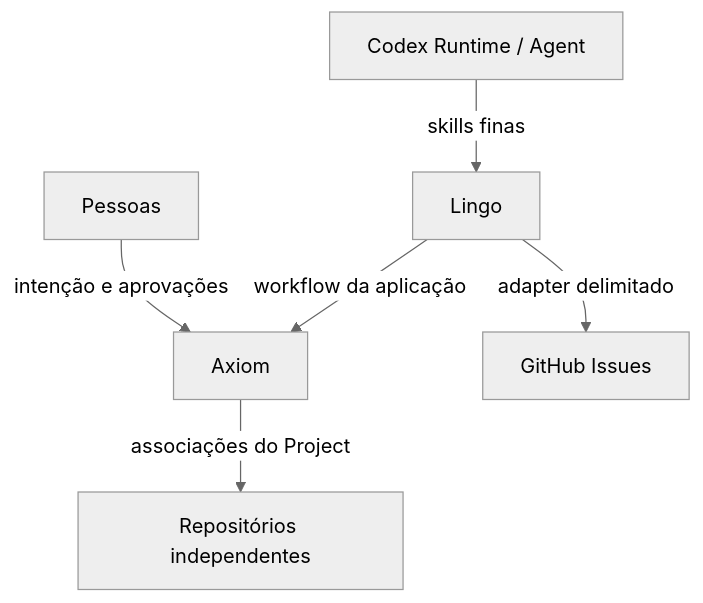
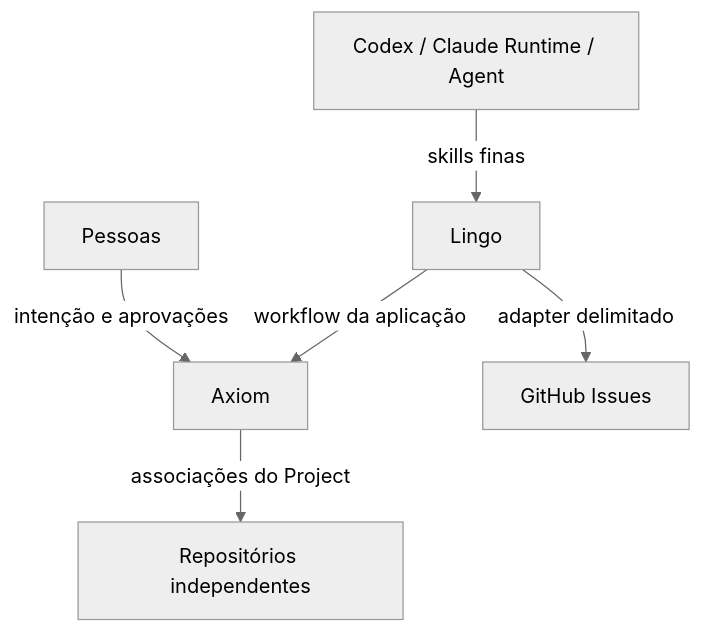
Before and after one commit to rgomids/axiom: the second of 2 diagrams in docs/README.pt-BR.md, drawn with Mermaid (neutral theme). The commit also changed other lines of this file and 4 other files, not shown here.

````diff
--- a/docs/README.pt-BR.md
+++ b/docs/README.pt-BR.md
@@ -299,8 +161,8 @@
 ```mermaid
 flowchart TB
     H["Pessoas"] -->|intenção e aprovações| A["Axiom"]
-    R["Codex Runtime / Agent"] -->|skills finas| L["Lingo"]
+    R["Codex / Claude Runtime / Agent"] -->|skills finas| L["Lingo"]
     L -->|workflow da aplicação| A
     A -->|associações do Project| G["Repositórios independentes"]
     L -->|adapter delimitado| P["GitHub Issues"]
 ```
````
